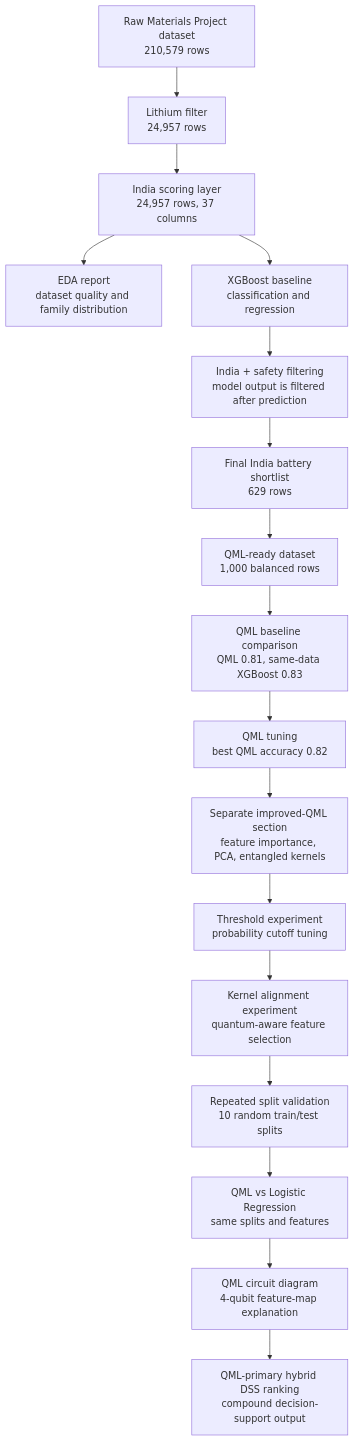
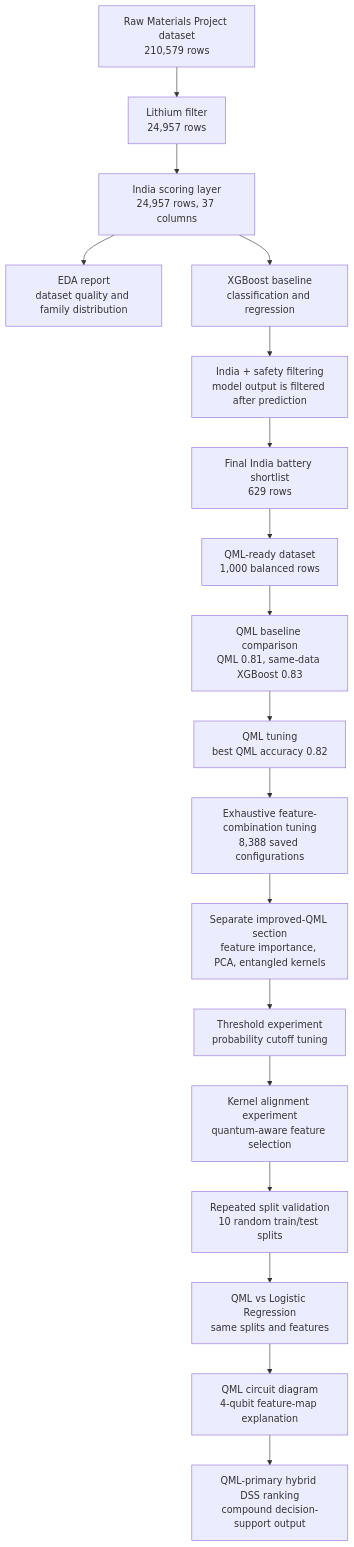
One commit to lifeknife10A/hybrid-quantum-battery-stability-prediction changed the diagram in Battery Materials DSS QML/data/metadata/project_pipeline_summary.md. Above: the diagram before and after it, drawn with Mermaid. The commit also changed other lines of this file and 8 other files, not shown here.

Commit message:
Add exhaustive QML feature combination tuning

````diff
--- a/Battery Materials DSS QML/data/metadata/project_pipeline_summary.md
+++ b/Battery Materials DSS QML/data/metadata/project_pipeline_summary.md
@@ -47,19 +47,20 @@
 ```mermaid
 flowchart TD
     A["Raw Materials Project dataset<br/>210,579 rows"] --> B["Lithium filter<br/>24,957 rows"]
     B --> C["India scoring layer<br/>24,957 rows, 37 columns"]
     C --> D["EDA report<br/>dataset quality and family distribution"]
     C --> E["XGBoost baseline<br/>classification and regression"]
     E --> F["India + safety filtering<br/>model output is filtered after prediction"]
     F --> G["Final India battery shortlist<br/>629 rows"]
     G --> H["QML-ready dataset<br/>1,000 balanced rows"]
     H --> I["QML baseline comparison<br/>QML 0.81, same-data XGBoost 0.83"]
     I --> J["QML tuning<br/>best QML accuracy 0.82"]
-    J --> K["Separate improved-QML section<br/>feature importance, PCA, entangled kernels"]
+    J --> J2["Exhaustive feature-combination tuning<br/>8,388 saved configurations"]
+    J2 --> K["Separate improved-QML section<br/>feature importance, PCA, entangled kernels"]
     K --> L["Threshold experiment<br/>probability cutoff tuning"]
     L --> M["Kernel alignment experiment<br/>quantum-aware feature selection"]
     M --> N["Repeated split validation<br/>10 random train/test splits"]
     N --> O["QML vs Logistic Regression<br/>same splits and features"]
     O --> P["QML circuit diagram<br/>4-qubit feature-map explanation"]
     P --> Q["QML-primary hybrid DSS ranking<br/>compound decision-support output"]
 ```
````
